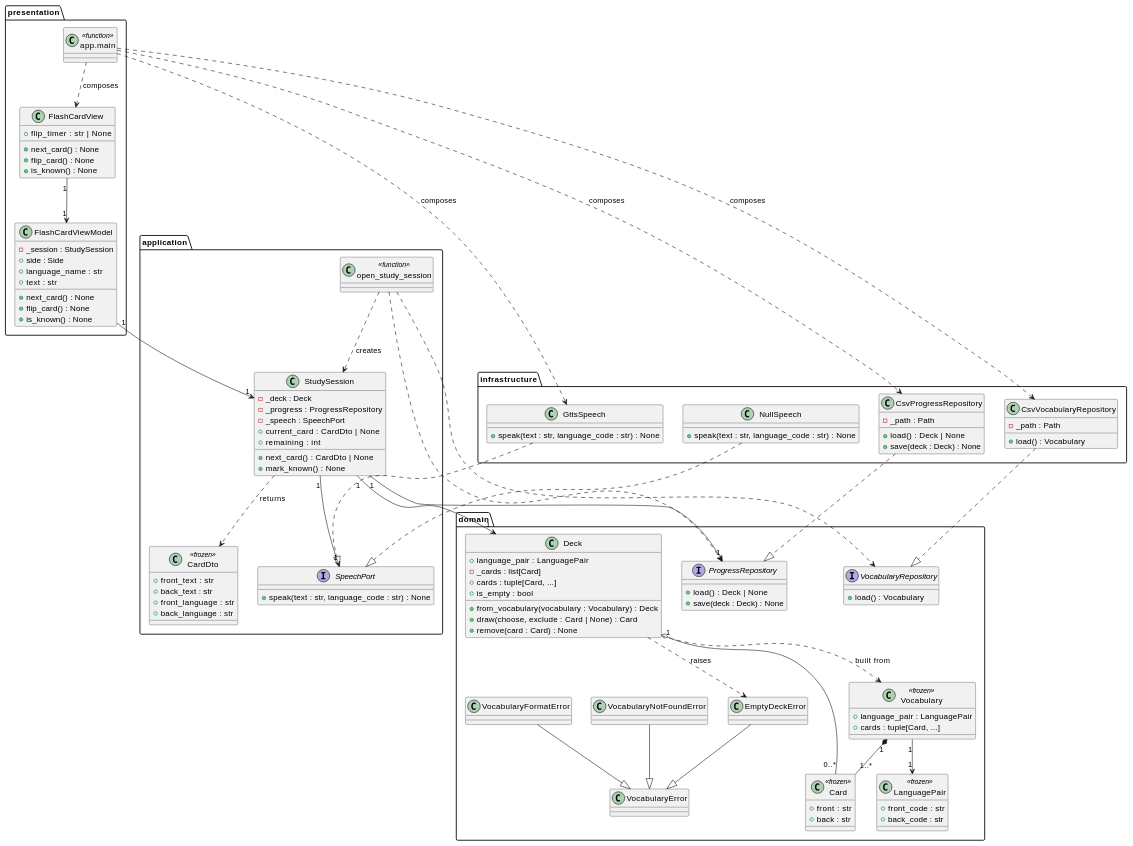
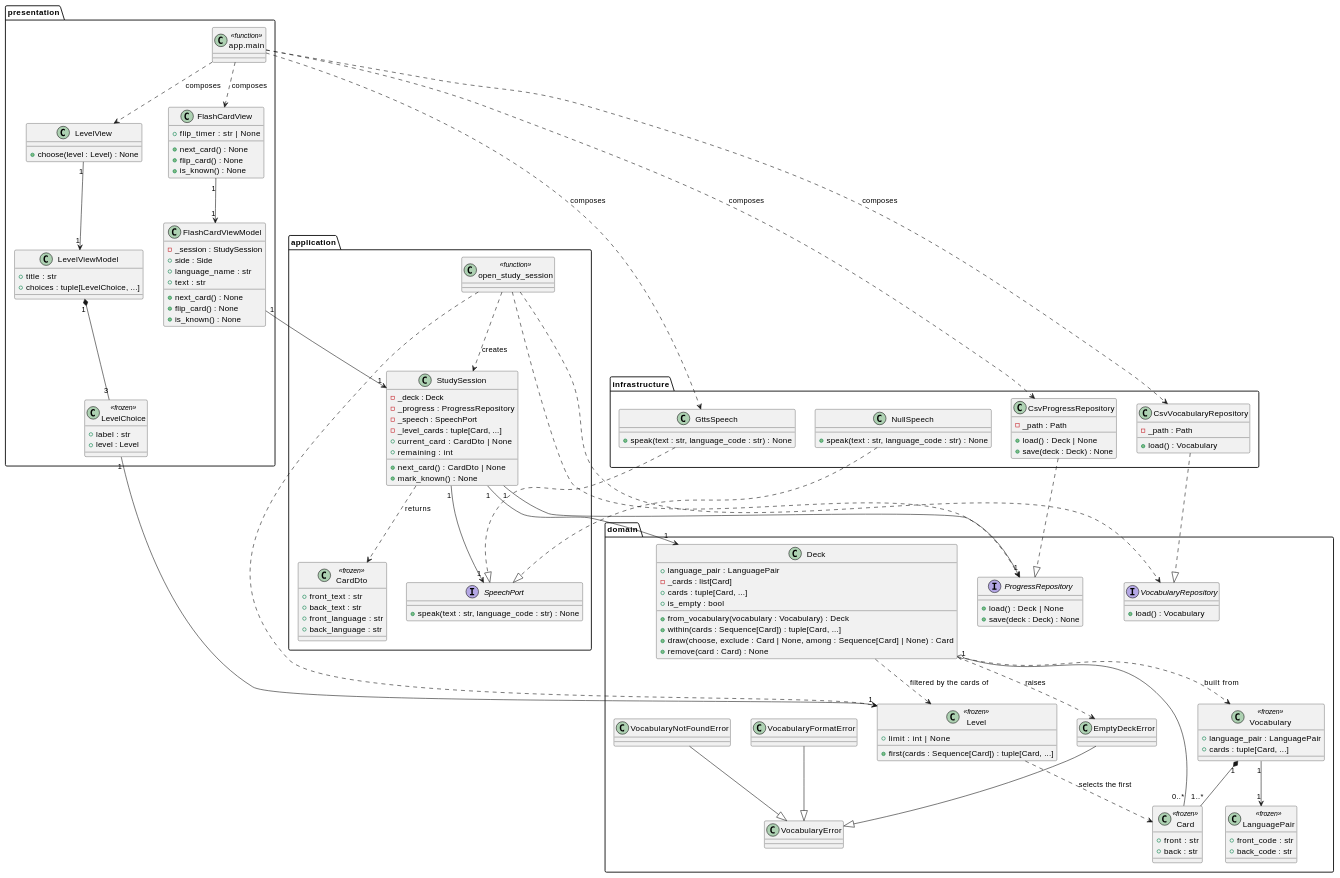
One commit to Tirsvad-Udemy-100-days-of-code/031-flash-card changed the diagram in docs/dcd.md. Above: the diagram before and after it, drawn with PlantUML. The commit also changed other lines of this file and 24 other files, not shown here.

First line of the commit message:
MIL-008 plan and design: choose level (100, 1000 or all words)

```diff
--- a/docs/dcd.md
+++ b/docs/dcd.md
@@ -30,6 +31,10 @@
     +front_code : str
     +back_code : str
   }
+  class Level <<frozen>> {
+    +limit : int | None
+    +first(cards : Sequence[Card]) : tuple[Card, ...]
+  }
   class Vocabulary <<frozen>> {
     +language_pair : LanguagePair
     +cards : tuple[Card, ...]
@@ -40,7 +45,8 @@
     +from_vocabulary(vocabulary : Vocabulary) : Deck
     +cards : tuple[Card, ...]
     +is_empty : bool
-    +draw(choose, exclude : Card | None) : Card
+    +within(cards : Sequence[Card]) : tuple[Card, ...]
+    +draw(choose, exclude : Card | None, among : Sequence[Card] | None) : Card
     +remove(card : Card) : None
   }
   interface VocabularyRepository {
@@ -69,6 +75,7 @@
     -_deck : Deck
     -_progress : ProgressRepository
     -_speech : SpeechPort
+    -_level_cards : tuple[Card, ...]
     +current_card : CardDto | None
     +remaining : int
     +next_card() : CardDto | None
@@ -94,6 +101,17 @@
   }
 }
 package presentation {
+  class LevelChoice <<frozen>> {
+    +label : str
+    +level : Level
+  }
+  class LevelViewModel {
+    +title : str
+    +choices : tuple[LevelChoice, ...]
+  }
+  class LevelView {
+    +choose(level : Level) : None
+  }
   class FlashCardViewModel {
     -_session : StudySession
     +side : Side
@@ -113,6 +131,8 @@
 }
 Vocabulary "1" *-- "1..*" Card
 Vocabulary "1" --> "1" LanguagePair
+Level ..> Card : selects the first
+Deck ..> Level : filtered by the cards of
 Deck "1" o-- "0..*" Card
 Deck ..> Vocabulary : built from
 Deck ..> EmptyDeckError : raises
@@ -125,6 +145,7 @@
 StudySession ..> CardDto : returns
 open_study_session ..> VocabularyRepository
 open_study_session ..> ProgressRepository
+open_study_session ..> Level
 open_study_session ..> StudySession : creates
 CsvVocabularyRepository ..|> VocabularyRepository
 CsvProgressRepository ..|> ProgressRepository
@@ -132,6 +153,10 @@
 NullSpeech ..|> SpeechPort
 FlashCardViewModel "1" --> "1" StudySession
 FlashCardView "1" --> "1" FlashCardViewModel
+LevelViewModel "1" *-- "3" LevelChoice
+LevelChoice "1" --> "1" Level
+LevelView "1" --> "1" LevelViewModel
+Main ..> LevelView : composes
 Main ..> CsvVocabularyRepository : composes
 Main ..> CsvProgressRepository : composes
 Main ..> GttsSpeech : composes
```
